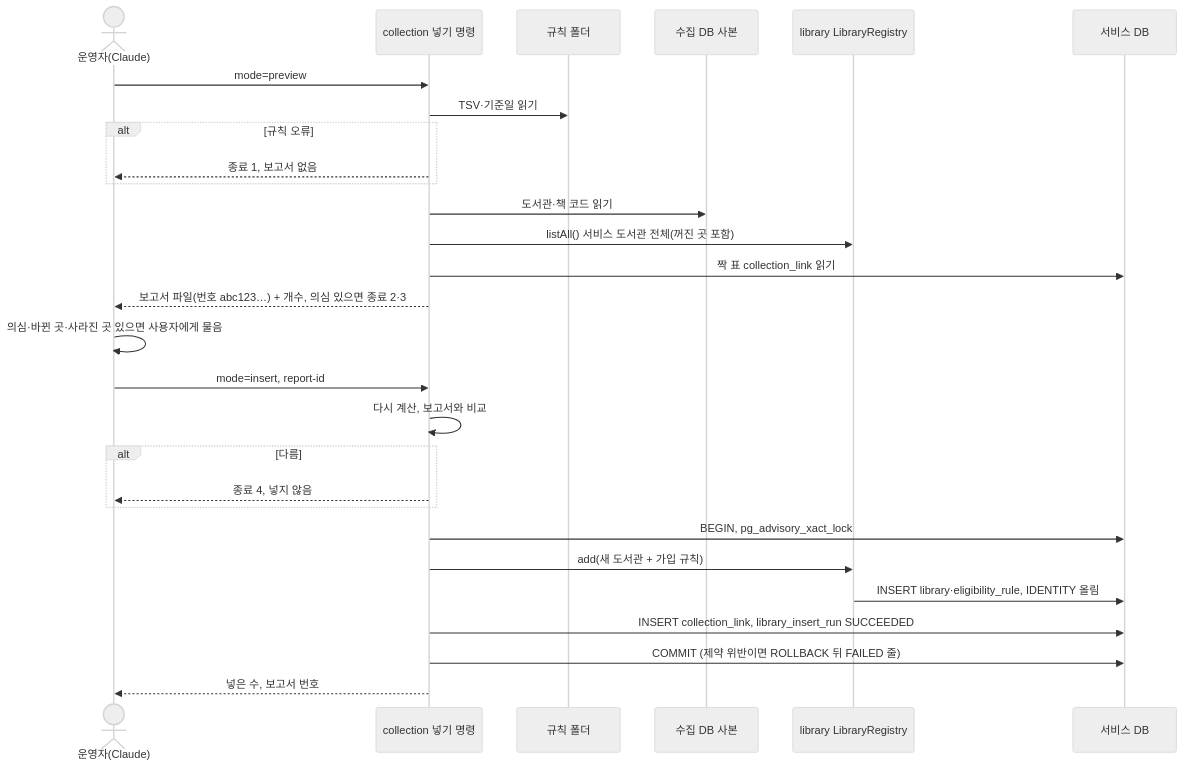
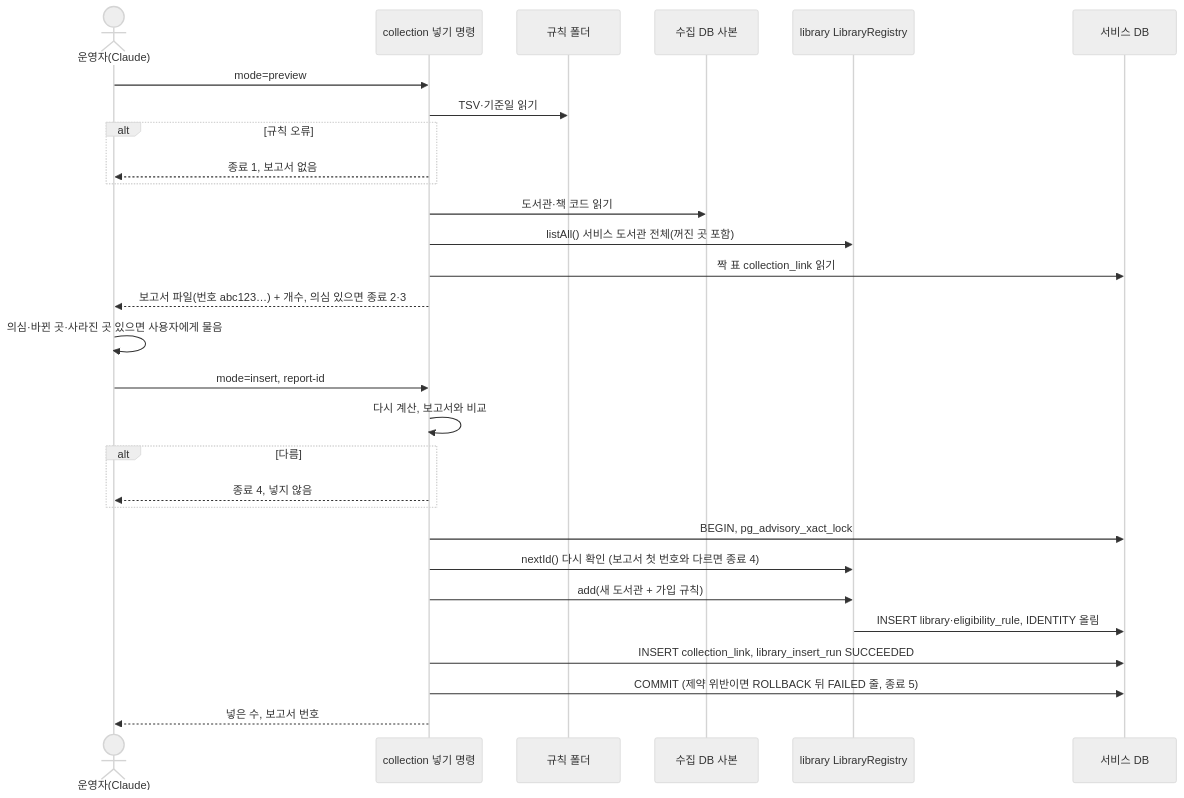
Before and after one commit to hodu-sketch/chaekcheck-plan: diagram 38 of 39 in docs/current/flows.md, drawn with Mermaid (neutral theme). The commit also changed other lines of this file and 8 other files, not shown here.

````diff
--- a/docs/current/flows.md
+++ b/docs/current/flows.md
@@ -1143,30 +1162,31 @@
 ```mermaid
 sequenceDiagram
   actor O as 운영자(Claude)
   participant C as collection 넣기 명령
   participant R as 규칙 폴더
   participant S as 수집 DB 사본
   participant L as library LibraryRegistry
   participant D as 서비스 DB
   O->>C: mode=preview
   C->>R: TSV·기준일 읽기
   alt 규칙 오류
     C-->>O: 종료 1, 보고서 없음
   end
   C->>S: 도서관·책 코드 읽기
   C->>L: listAll() 서비스 도서관 전체(꺼진 곳 포함)
   C->>D: 짝 표 collection_link 읽기
   C-->>O: 보고서 파일(번호 abc123…) + 개수, 의심 있으면 종료 2·3
   O->>O: 의심·바뀐 곳·사라진 곳 있으면 사용자에게 물음
   O->>C: mode=insert, report-id
   C->>C: 다시 계산, 보고서와 비교
   alt 다름
     C-->>O: 종료 4, 넣지 않음
   end
   C->>D: BEGIN, pg_advisory_xact_lock
+  C->>L: nextId() 다시 확인 (보고서 첫 번호와 다르면 종료 4)
   C->>L: add(새 도서관 + 가입 규칙)
   L->>D: INSERT library·eligibility_rule, IDENTITY 올림
   C->>D: INSERT collection_link, library_insert_run SUCCEEDED
-  C->>D: COMMIT (제약 위반이면 ROLLBACK 뒤 FAILED 줄)
+  C->>D: COMMIT (제약 위반이면 ROLLBACK 뒤 FAILED 줄, 종료 5)
   C-->>O: 넣은 수, 보고서 번호
 ```
````
